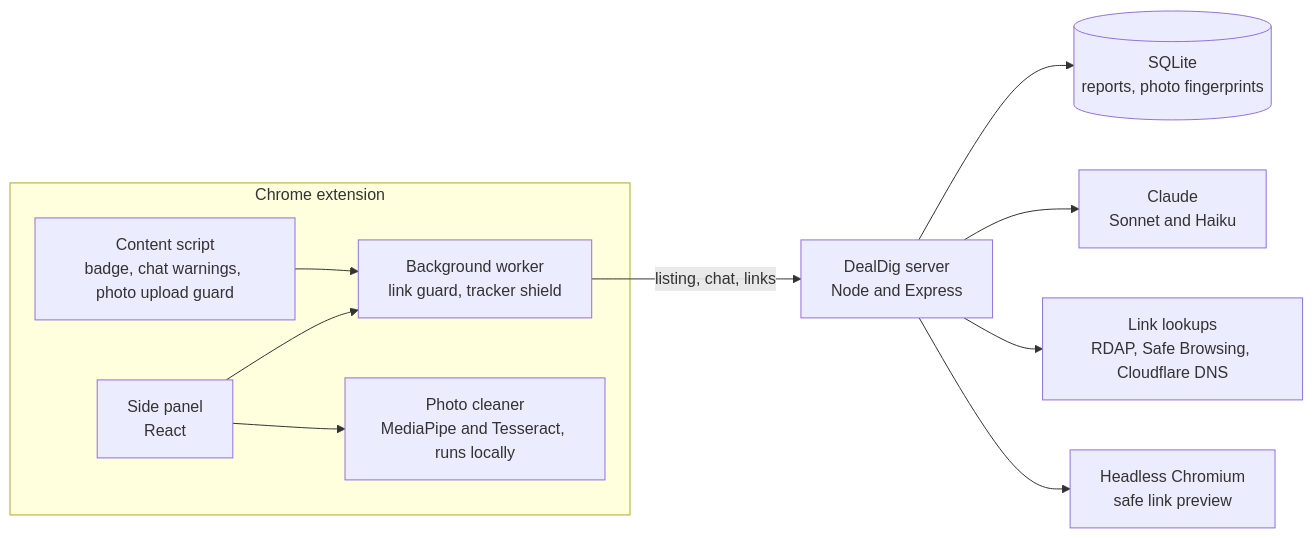
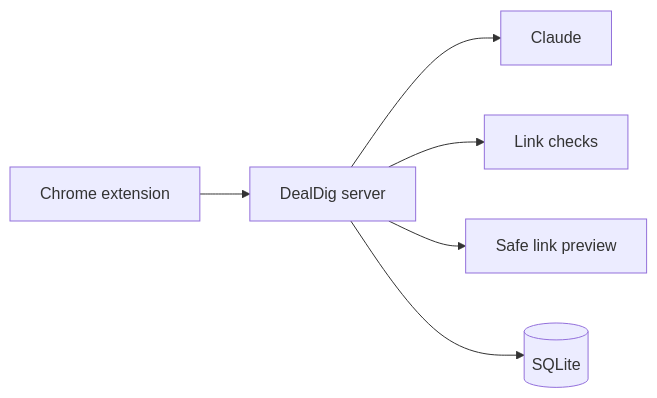
One commit to PrishaTHE-PRO/MadHacks-2026 changed the diagram in README.md. Above: the diagram before and after it, drawn with Mermaid. The commit also changed other lines of this file, not shown here.

````diff
--- a/README.md
+++ b/README.md
@@ -21,17 +11,8 @@
 ```mermaid
 flowchart LR
-  subgraph ext [Chrome extension]
-    CS[Content script<br/>badge, chat warnings, photo upload guard]
-    SP[Side panel<br/>React]
-    PC[Photo cleaner<br/>MediaPipe and Tesseract, runs locally]
-    BG[Background worker<br/>link guard, tracker shield]
-    CS --> BG
-    SP --> BG
-    SP --> PC
-  end
-  BG -->|listing, chat, links| SV[DealDig server<br/>Node and Express]
-  SV --> DB[(SQLite<br/>reports, photo fingerprints)]
-  SV --> AI[Claude<br/>Sonnet and Haiku]
-  SV --> LC[Link lookups<br/>RDAP, Safe Browsing, Cloudflare DNS]
-  SV --> HB[Headless Chromium<br/>safe link preview]
+  E[Chrome extension] --> S[DealDig server]
+  S --> C[Claude]
+  S --> L[Link checks]
+  S --> B[Safe link preview]
+  S --> D[(SQLite)]
 ```
````
